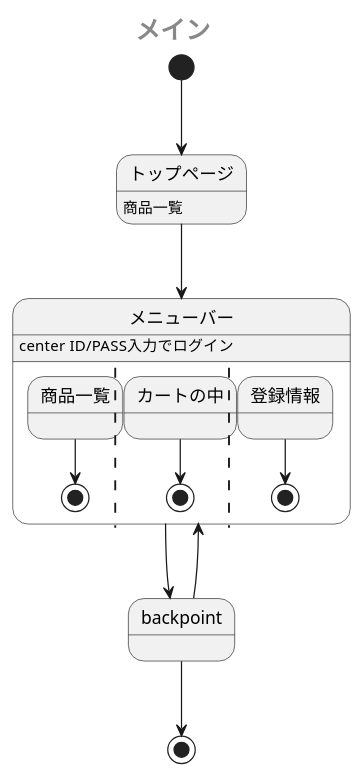
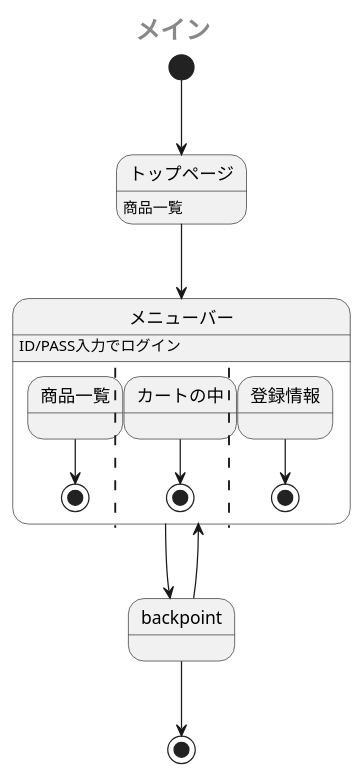
The diagram in sample/StateMachine.md (Aso2001385/2021sys-design), drawn with PlantUML before and after one commit.

````diff
--- a/sample/StateMachine.md
+++ b/sample/StateMachine.md
@@ -1,21 +1,21 @@
 ```uml
 @startuml
  center header <size:20><b>メイン</b></size>
  [*] --> トップページ
  トップページ: 商品一覧
  トップページ --> メニューバー
  state メニューバー {
-   メニューバー: center  ID/PASS入力でログイン
+   メニューバー:        ID/PASS入力でログイン
    商品一覧 --> [*]
    ||
    カートの中 --> [*]
    ||
    登録情報 --> [*]
 
  }
  メニューバー --> backpoint
  backpoint --> メニューバー
  backpoint --> [*]
 
 @enduml
 ```
````
